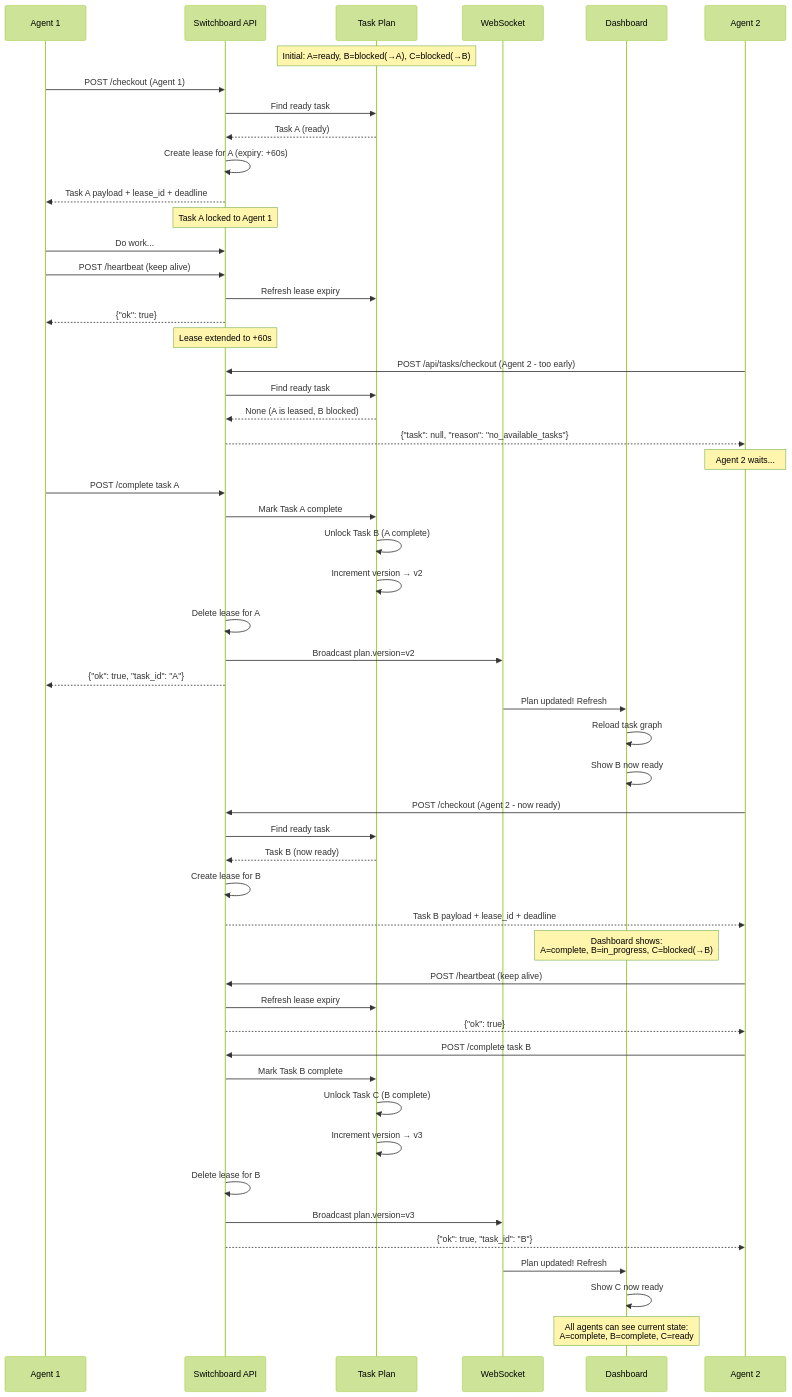
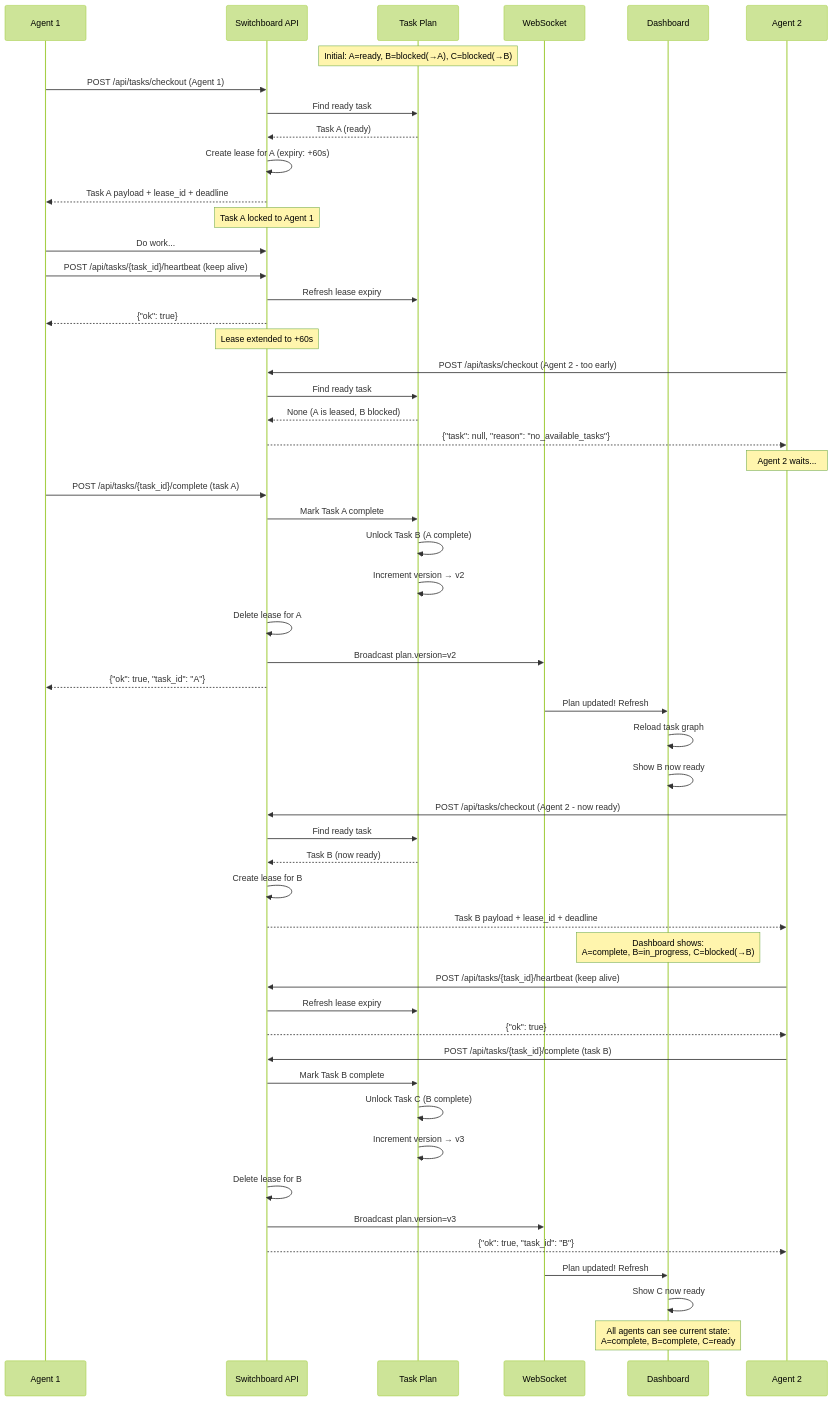
The diagram in docs/visuals/TWO_AGENT_WORKFLOW.md (Nobodyworld/dev-agent-switchboard), drawn with Mermaid (forest theme) before and after one commit. The commit also changed other lines of this file and 11 other files, not shown here.

````diff
--- a/docs/visuals/TWO_AGENT_WORKFLOW.md
+++ b/docs/visuals/TWO_AGENT_WORKFLOW.md
@@ -15,70 +15,70 @@
 ```mermaid
 sequenceDiagram
     participant A1 as Agent 1
     participant API as Switchboard API
     participant Plan as Task Plan
     participant WS as WebSocket
     participant DB as Dashboard
     participant A2 as Agent 2
 
     Note over Plan: Initial: A=ready, B=blocked(→A), C=blocked(→B)
 
-    A1->>API: POST /checkout (Agent 1)
+    A1->>API: POST /api/tasks/checkout (Agent 1)
     API->>Plan: Find ready task
     Plan-->>API: Task A (ready)
     API->>API: Create lease for A (expiry: +60s)
     API-->>A1: Task A payload + lease_id + deadline
 
     Note over API: Task A locked to Agent 1
     A1->>API: Do work...
 
-    A1->>API: POST /heartbeat (keep alive)
+    A1->>API: POST /api/tasks/{task_id}/heartbeat (keep alive)
     API->>Plan: Refresh lease expiry
     API-->>A1: {"ok": true}
 
     Note over API: Lease extended to +60s
 
     A2->>API: POST /api/tasks/checkout (Agent 2 - too early)
     API->>Plan: Find ready task
     Plan-->>API: None (A is leased, B blocked)
     API-->>A2: {"task": null, "reason": "no_available_tasks"}
 
     Note over A2: Agent 2 waits...
 
-    A1->>API: POST /complete task A
+    A1->>API: POST /api/tasks/{task_id}/complete (task A)
     API->>Plan: Mark Task A complete
     Plan->>Plan: Unlock Task B (A complete)
     Plan->>Plan: Increment version → v2
     API->>API: Delete lease for A
     API->>WS: Broadcast plan.version=v2
     API-->>A1: {"ok": true, "task_id": "A"}
 
     WS->>DB: Plan updated! Refresh
     DB->>DB: Reload task graph
     DB->>DB: Show B now ready
 
-    A2->>API: POST /checkout (Agent 2 - now ready)
+    A2->>API: POST /api/tasks/checkout (Agent 2 - now ready)
     API->>Plan: Find ready task
     Plan-->>API: Task B (now ready)
     API->>API: Create lease for B
     API-->>A2: Task B payload + lease_id + deadline
 
     Note over DB: Dashboard shows:<br/>A=complete, B=in_progress, C=blocked(→B)
 
-    A2->>API: POST /heartbeat (keep alive)
+    A2->>API: POST /api/tasks/{task_id}/heartbeat (keep alive)
     API->>Plan: Refresh lease expiry
     API-->>A2: {"ok": true}
 
-    A2->>API: POST /complete task B
+    A2->>API: POST /api/tasks/{task_id}/complete (task B)
     API->>Plan: Mark Task B complete
     Plan->>Plan: Unlock Task C (B complete)
     Plan->>Plan: Increment version → v3
     API->>API: Delete lease for B
     API->>WS: Broadcast plan.version=v3
     API-->>A2: {"ok": true, "task_id": "B"}
 
     WS->>DB: Plan updated! Refresh
     DB->>DB: Show C now ready
 
     Note over DB: All agents can see current state:<br/>A=complete, B=complete, C=ready
 ```
````
